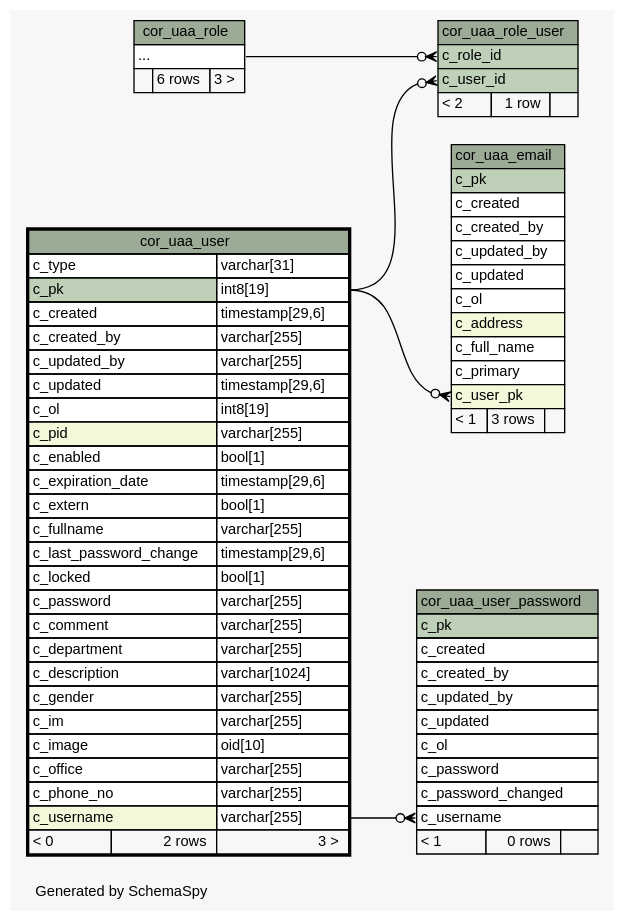
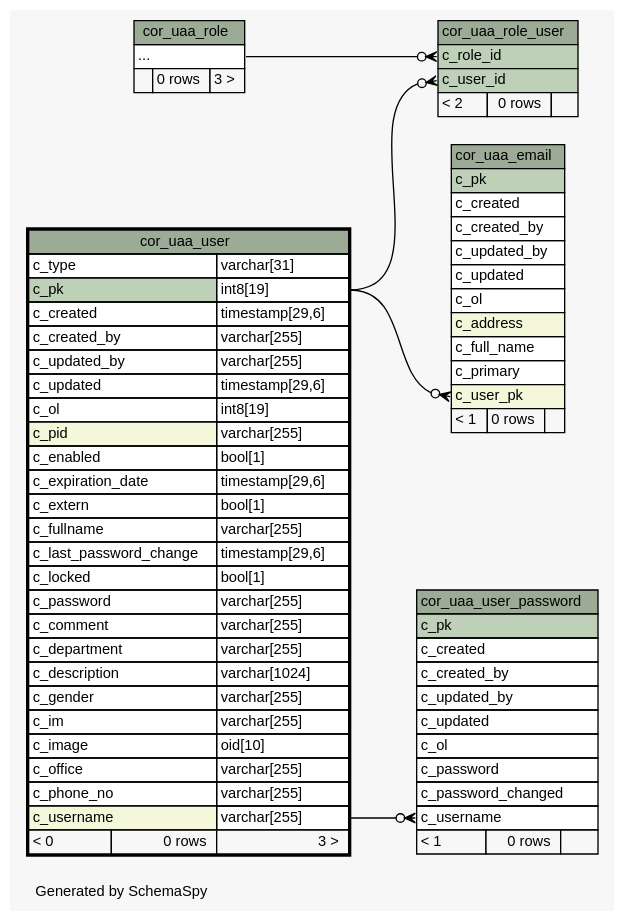
One commit to openwms/org.openwms.core.uaa changed the diagram in 2.0.0-SNAPSHOT/schemaspy/diagrams/cor_uaa_user.2degrees.dot. Above: the diagram before and after it, drawn with Graphviz. The commit also changed 242 other files, not shown here.

```diff
--- a/2.0.0-SNAPSHOT/schemaspy/diagrams/cor_uaa_user.2degrees.dot
+++ b/2.0.0-SNAPSHOT/schemaspy/diagrams/cor_uaa_user.2degrees.dot
@@ -1,117 +1,117 @@
-// dot 2.43.0 on Linux 6.2.0-1012-azure
+// dot 2.43.0 on Linux 6.2.0-1018-azure
 // SchemaSpy rev Unknown
 digraph "twoDegreesRelationshipsDiagram" {
   graph [
     rankdir="RL"
     bgcolor="#f7f7f7"
     label="\nGenerated by SchemaSpy"
     labeljust="l"
     nodesep="0.18"
     ranksep="0.46"
     fontname="Helvetica"
     fontsize="11"
   ];
   node [
     fontname="Helvetica"
     fontsize="11"
     shape="plaintext"
   ];
   edge [
     arrowsize="0.8"
   ];
   "cor_uaa_email":"c_user_pk":w -> "cor_uaa_user":"c_pk.type":e [arrowhead=none dir=back arrowtail=crowodot];
   "cor_uaa_role_user":"c_role_id":w -> "cor_uaa_role":"elipses":e [arrowhead=none dir=back arrowtail=crowodot];
   "cor_uaa_role_user":"c_user_id":w -> "cor_uaa_user":"c_pk.type":e [arrowhead=none dir=back arrowtail=crowodot];
   "cor_uaa_user_password":"c_username":w -> "cor_uaa_user":"c_username.type":e [arrowhead=none dir=back arrowtail=crowodot];
   "cor_uaa_email" [
     label=<
     <TABLE BORDER="0" CELLBORDER="1" CELLSPACING="0" BGCOLOR="#ffffff">
       <TR><TD COLSPAN="3" BGCOLOR="#9bab96" ALIGN="CENTER">cor_uaa_email</TD></TR>
       <TR><TD PORT="c_pk" COLSPAN="3" BGCOLOR="#bed1b8" ALIGN="LEFT">c_pk</TD></TR>
       <TR><TD PORT="c_created" COLSPAN="3" ALIGN="LEFT">c_created</TD></TR>
       <TR><TD PORT="c_created_by" COLSPAN="3" ALIGN="LEFT">c_created_by</TD></TR>
       <TR><TD PORT="c_updated_by" COLSPAN="3" ALIGN="LEFT">c_updated_by</TD></TR>
       <TR><TD PORT="c_updated" COLSPAN="3" ALIGN="LEFT">c_updated</TD></TR>
       <TR><TD PORT="c_ol" COLSPAN="3" ALIGN="LEFT">c_ol</TD></TR>
       <TR><TD PORT="c_address" COLSPAN="3" BGCOLOR="#f4f7da" ALIGN="LEFT">c_address</TD></TR>
       <TR><TD PORT="c_full_name" COLSPAN="3" ALIGN="LEFT">c_full_name</TD></TR>
       <TR><TD PORT="c_primary" COLSPAN="3" ALIGN="LEFT">c_primary</TD></TR>
       <TR><TD PORT="c_user_pk" COLSPAN="3" BGCOLOR="#f4f7da" ALIGN="LEFT">c_user_pk</TD></TR>
-      <TR><TD ALIGN="LEFT" BGCOLOR="#f7f7f7">&lt; 1</TD><TD ALIGN="RIGHT" BGCOLOR="#f7f7f7">3 rows</TD><TD ALIGN="RIGHT" BGCOLOR="#f7f7f7">  </TD></TR>
+      <TR><TD ALIGN="LEFT" BGCOLOR="#f7f7f7">&lt; 1</TD><TD ALIGN="RIGHT" BGCOLOR="#f7f7f7">0 rows</TD><TD ALIGN="RIGHT" BGCOLOR="#f7f7f7">  </TD></TR>
     </TABLE>>
     URL="cor_uaa_email.html"
     tooltip="cor_uaa_email"
   ];
   "cor_uaa_role" [
     label=<
     <TABLE BORDER="0" CELLBORDER="1" CELLSPACING="0" BGCOLOR="#ffffff">
       <TR><TD COLSPAN="3" BGCOLOR="#9bab96" ALIGN="CENTER">cor_uaa_role</TD></TR>
       <TR><TD PORT="elipses" COLSPAN="3" ALIGN="LEFT">...</TD></TR>
-      <TR><TD ALIGN="LEFT" BGCOLOR="#f7f7f7">  </TD><TD ALIGN="RIGHT" BGCOLOR="#f7f7f7">6 rows</TD><TD ALIGN="RIGHT" BGCOLOR="#f7f7f7">3 &gt;</TD></TR>
+      <TR><TD ALIGN="LEFT" BGCOLOR="#f7f7f7">  </TD><TD ALIGN="RIGHT" BGCOLOR="#f7f7f7">0 rows</TD><TD ALIGN="RIGHT" BGCOLOR="#f7f7f7">3 &gt;</TD></TR>
     </TABLE>>
     URL="cor_uaa_role.html"
     tooltip="cor_uaa_role"
   ];
   "cor_uaa_role_user" [
     label=<
     <TABLE BORDER="0" CELLBORDER="1" CELLSPACING="0" BGCOLOR="#ffffff">
       <TR><TD COLSPAN="3" BGCOLOR="#9bab96" ALIGN="CENTER">cor_uaa_role_user</TD></TR>
       <TR><TD PORT="c_role_id" COLSPAN="3" BGCOLOR="#bed1b8" ALIGN="LEFT">c_role_id</TD></TR>
       <TR><TD PORT="c_user_id" COLSPAN="3" BGCOLOR="#bed1b8" ALIGN="LEFT">c_user_id</TD></TR>
-      <TR><TD ALIGN="LEFT" BGCOLOR="#f7f7f7">&lt; 2</TD><TD ALIGN="RIGHT" BGCOLOR="#f7f7f7">1 row</TD><TD ALIGN="RIGHT" BGCOLOR="#f7f7f7">  </TD></TR>
+      <TR><TD ALIGN="LEFT" BGCOLOR="#f7f7f7">&lt; 2</TD><TD ALIGN="RIGHT" BGCOLOR="#f7f7f7">0 rows</TD><TD ALIGN="RIGHT" BGCOLOR="#f7f7f7">  </TD></TR>
     </TABLE>>
     URL="cor_uaa_role_user.html"
     tooltip="cor_uaa_role_user"
   ];
   "cor_uaa_user" [
     label=<
     <TABLE BORDER="2" CELLBORDER="1" CELLSPACING="0" BGCOLOR="#ffffff">
       <TR><TD COLSPAN="3" BGCOLOR="#9bab96" ALIGN="CENTER">cor_uaa_user</TD></TR>
       <TR><TD PORT="c_type" COLSPAN="2" ALIGN="LEFT">c_type</TD><TD PORT="c_type.type" ALIGN="LEFT">varchar[31]</TD></TR>
       <TR><TD PORT="c_pk" COLSPAN="2" BGCOLOR="#bed1b8" ALIGN="LEFT">c_pk</TD><TD PORT="c_pk.type" ALIGN="LEFT">int8[19]</TD></TR>
       <TR><TD PORT="c_created" COLSPAN="2" ALIGN="LEFT">c_created</TD><TD PORT="c_created.type" ALIGN="LEFT">timestamp[29,6]</TD></TR>
       <TR><TD PORT="c_created_by" COLSPAN="2" ALIGN="LEFT">c_created_by</TD><TD PORT="c_created_by.type" ALIGN="LEFT">varchar[255]</TD></TR>
       <TR><TD PORT="c_updated_by" COLSPAN="2" ALIGN="LEFT">c_updated_by</TD><TD PORT="c_updated_by.type" ALIGN="LEFT">varchar[255]</TD></TR>
       <TR><TD PORT="c_updated" COLSPAN="2" ALIGN="LEFT">c_updated</TD><TD PORT="c_updated.type" ALIGN="LEFT">timestamp[29,6]</TD></TR>
       <TR><TD PORT="c_ol" COLSPAN="2" ALIGN="LEFT">c_ol</TD><TD PORT="c_ol.type" ALIGN="LEFT">int8[19]</TD></TR>
       <TR><TD PORT="c_pid" COLSPAN="2" BGCOLOR="#f4f7da" ALIGN="LEFT">c_pid</TD><TD PORT="c_pid.type" ALIGN="LEFT">varchar[255]</TD></TR>
       <TR><TD PORT="c_enabled" COLSPAN="2" ALIGN="LEFT">c_enabled</TD><TD PORT="c_enabled.type" ALIGN="LEFT">bool[1]</TD></TR>
       <TR><TD PORT="c_expiration_date" COLSPAN="2" ALIGN="LEFT">c_expiration_date</TD><TD PORT="c_expiration_date.type" ALIGN="LEFT">timestamp[29,6]</TD></TR>
       <TR><TD PORT="c_extern" COLSPAN="2" ALIGN="LEFT">c_extern</TD><TD PORT="c_extern.type" ALIGN="LEFT">bool[1]</TD></TR>
       <TR><TD PORT="c_fullname" COLSPAN="2" ALIGN="LEFT">c_fullname</TD><TD PORT="c_fullname.type" ALIGN="LEFT">varchar[255]</TD></TR>
       <TR><TD PORT="c_last_password_change" COLSPAN="2" ALIGN="LEFT">c_last_password_change</TD><TD PORT="c_last_password_change.type" ALIGN="LEFT">timestamp[29,6]</TD></TR>
       <TR><TD PORT="c_locked" COLSPAN="2" ALIGN="LEFT">c_locked</TD><TD PORT="c_locked.type" ALIGN="LEFT">bool[1]</TD></TR>
       <TR><TD PORT="c_password" COLSPAN="2" ALIGN="LEFT">c_password</TD><TD PORT="c_password.type" ALIGN="LEFT">varchar[255]</TD></TR>
       <TR><TD PORT="c_comment" COLSPAN="2" ALIGN="LEFT">c_comment</TD><TD PORT="c_comment.type" ALIGN="LEFT">varchar[255]</TD></TR>
       <TR><TD PORT="c_department" COLSPAN="2" ALIGN="LEFT">c_department</TD><TD PORT="c_department.type" ALIGN="LEFT">varchar[255]</TD></TR>
       <TR><TD PORT="c_description" COLSPAN="2" ALIGN="LEFT">c_description</TD><TD PORT="c_description.type" ALIGN="LEFT">varchar[1024]</TD></TR>
       <TR><TD PORT="c_gender" COLSPAN="2" ALIGN="LEFT">c_gender</TD><TD PORT="c_gender.type" ALIGN="LEFT">varchar[255]</TD></TR>
       <TR><TD PORT="c_im" COLSPAN="2" ALIGN="LEFT">c_im</TD><TD PORT="c_im.type" ALIGN="LEFT">varchar[255]</TD></TR>
       <TR><TD PORT="c_image" COLSPAN="2" ALIGN="LEFT">c_image</TD><TD PORT="c_image.type" ALIGN="LEFT">oid[10]</TD></TR>
       <TR><TD PORT="c_office" COLSPAN="2" ALIGN="LEFT">c_office</TD><TD PORT="c_office.type" ALIGN="LEFT">varchar[255]</TD></TR>
       <TR><TD PORT="c_phone_no" COLSPAN="2" ALIGN="LEFT">c_phone_no</TD><TD PORT="c_phone_no.type" ALIGN="LEFT">varchar[255]</TD></TR>
       <TR><TD PORT="c_username" COLSPAN="2" BGCOLOR="#f4f7da" ALIGN="LEFT">c_username</TD><TD PORT="c_username.type" ALIGN="LEFT">varchar[255]</TD></TR>
-      <TR><TD ALIGN="LEFT" BGCOLOR="#f7f7f7">&lt; 0</TD><TD ALIGN="RIGHT" BGCOLOR="#f7f7f7">2 rows</TD><TD ALIGN="RIGHT" BGCOLOR="#f7f7f7">3 &gt;</TD></TR>
+      <TR><TD ALIGN="LEFT" BGCOLOR="#f7f7f7">&lt; 0</TD><TD ALIGN="RIGHT" BGCOLOR="#f7f7f7">0 rows</TD><TD ALIGN="RIGHT" BGCOLOR="#f7f7f7">3 &gt;</TD></TR>
     </TABLE>>
     URL="cor_uaa_user.html"
     tooltip="cor_uaa_user"
   ];
   "cor_uaa_user_password" [
     label=<
     <TABLE BORDER="0" CELLBORDER="1" CELLSPACING="0" BGCOLOR="#ffffff">
       <TR><TD COLSPAN="3" BGCOLOR="#9bab96" ALIGN="CENTER">cor_uaa_user_password</TD></TR>
       <TR><TD PORT="c_pk" COLSPAN="3" BGCOLOR="#bed1b8" ALIGN="LEFT">c_pk</TD></TR>
       <TR><TD PORT="c_created" COLSPAN="3" ALIGN="LEFT">c_created</TD></TR>
       <TR><TD PORT="c_created_by" COLSPAN="3" ALIGN="LEFT">c_created_by</TD></TR>
       <TR><TD PORT="c_updated_by" COLSPAN="3" ALIGN="LEFT">c_updated_by</TD></TR>
       <TR><TD PORT="c_updated" COLSPAN="3" ALIGN="LEFT">c_updated</TD></TR>
       <TR><TD PORT="c_ol" COLSPAN="3" ALIGN="LEFT">c_ol</TD></TR>
       <TR><TD PORT="c_password" COLSPAN="3" ALIGN="LEFT">c_password</TD></TR>
       <TR><TD PORT="c_password_changed" COLSPAN="3" ALIGN="LEFT">c_password_changed</TD></TR>
       <TR><TD PORT="c_username" COLSPAN="3" ALIGN="LEFT">c_username</TD></TR>
       <TR><TD ALIGN="LEFT" BGCOLOR="#f7f7f7">&lt; 1</TD><TD ALIGN="RIGHT" BGCOLOR="#f7f7f7">0 rows</TD><TD ALIGN="RIGHT" BGCOLOR="#f7f7f7">  </TD></TR>
     </TABLE>>
     URL="cor_uaa_user_password.html"
     tooltip="cor_uaa_user_password"
   ];
 }
```
